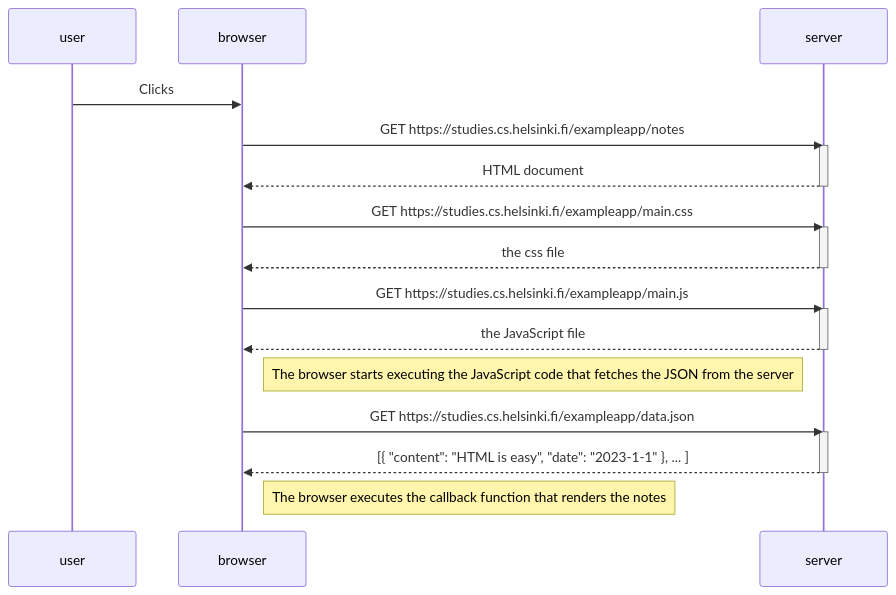
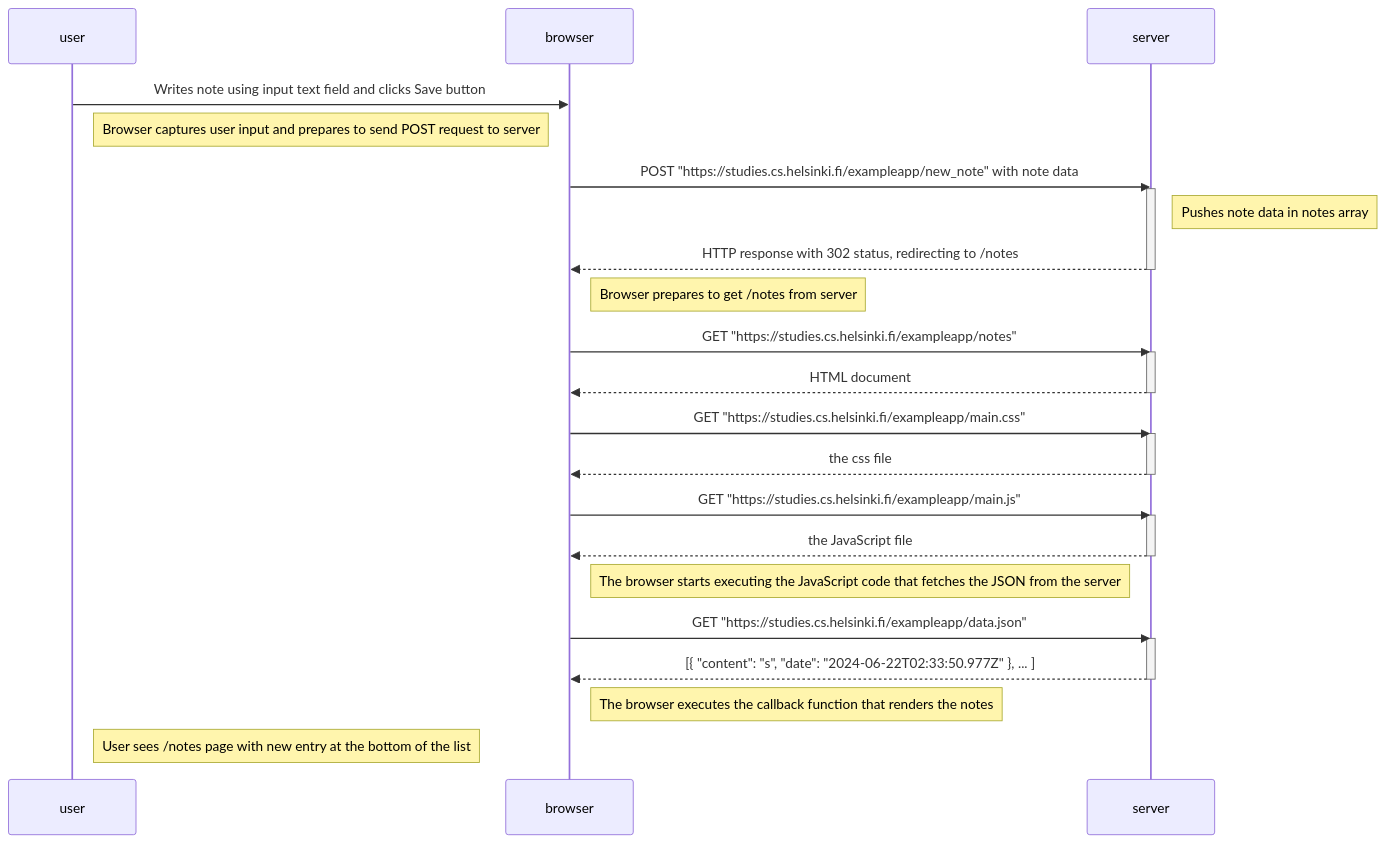
Before and after one commit to maanleo/fullstackopen: the diagram in part0/0-4.md, drawn with Mermaid. The commit also changed 2 other files, not shown here.

Commit message:
Exercises 0.4, 0.5 and 0.6 done

````diff
--- a/part0/0-4.md
+++ b/part0/0-4.md
@@ -1,32 +1,41 @@
 ```mermaid
 sequenceDiagram
     participant user
     participant browser
     participant server
 
-    user->>browser: Clicks
+    user->>browser: Writes note using input text field and clicks Save button
+    Note left of browser: Browser captures user input and prepares to send POST request to server
 
-    browser->>server: GET https://studies.cs.helsinki.fi/exampleapp/notes
+    browser->>server: POST "https://studies.cs.helsinki.fi/exampleapp/new_note" with note data
+    activate server
+    Note right of server: Pushes note data in notes array
+    server-->>browser: HTTP response with 302 status, redirecting to /notes
+    deactivate server
+
+    Note right of browser: Browser prepares to get /notes from server
+    browser->>server: GET "https://studies.cs.helsinki.fi/exampleapp/notes"
     activate server
     server-->>browser: HTML document
     deactivate server
 
-    browser->>server: GET https://studies.cs.helsinki.fi/exampleapp/main.css
+    browser->>server: GET "https://studies.cs.helsinki.fi/exampleapp/main.css"
     activate server
     server-->>browser: the css file
     deactivate server
 
-    browser->>server: GET https://studies.cs.helsinki.fi/exampleapp/main.js
+    browser->>server: GET "https://studies.cs.helsinki.fi/exampleapp/main.js"
     activate server
     server-->>browser: the JavaScript file
     deactivate server
 
     Note right of browser: The browser starts executing the JavaScript code that fetches the JSON from the server
 
-    browser->>server: GET https://studies.cs.helsinki.fi/exampleapp/data.json
+    browser->>server: GET "https://studies.cs.helsinki.fi/exampleapp/data.json"
     activate server
-    server-->>browser: [{ "content": "HTML is easy", "date": "2023-1-1" }, ... ]
+    server-->>browser: [{ "content": "s", "date": "2024-06-22T02:33:50.977Z" }, ... ]
     deactivate server
 
     Note right of browser: The browser executes the callback function that renders the notes
+    Note right of user: User sees /notes page with new entry at the bottom of the list
 ```
````
